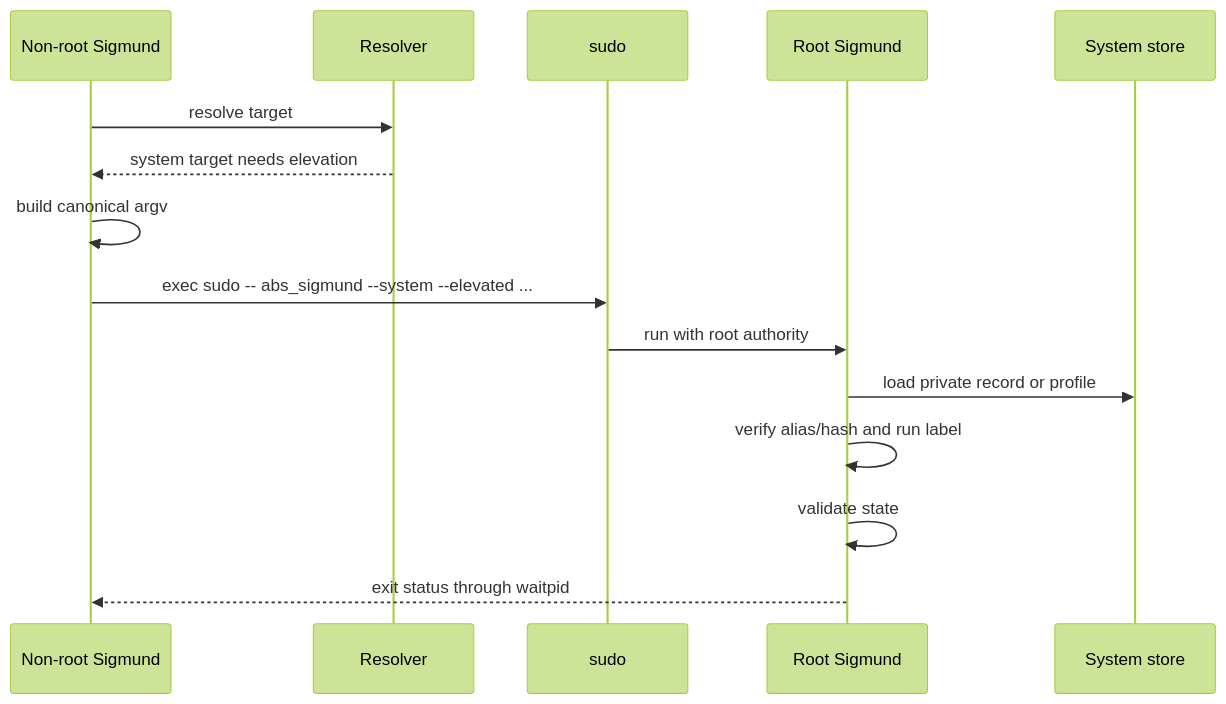
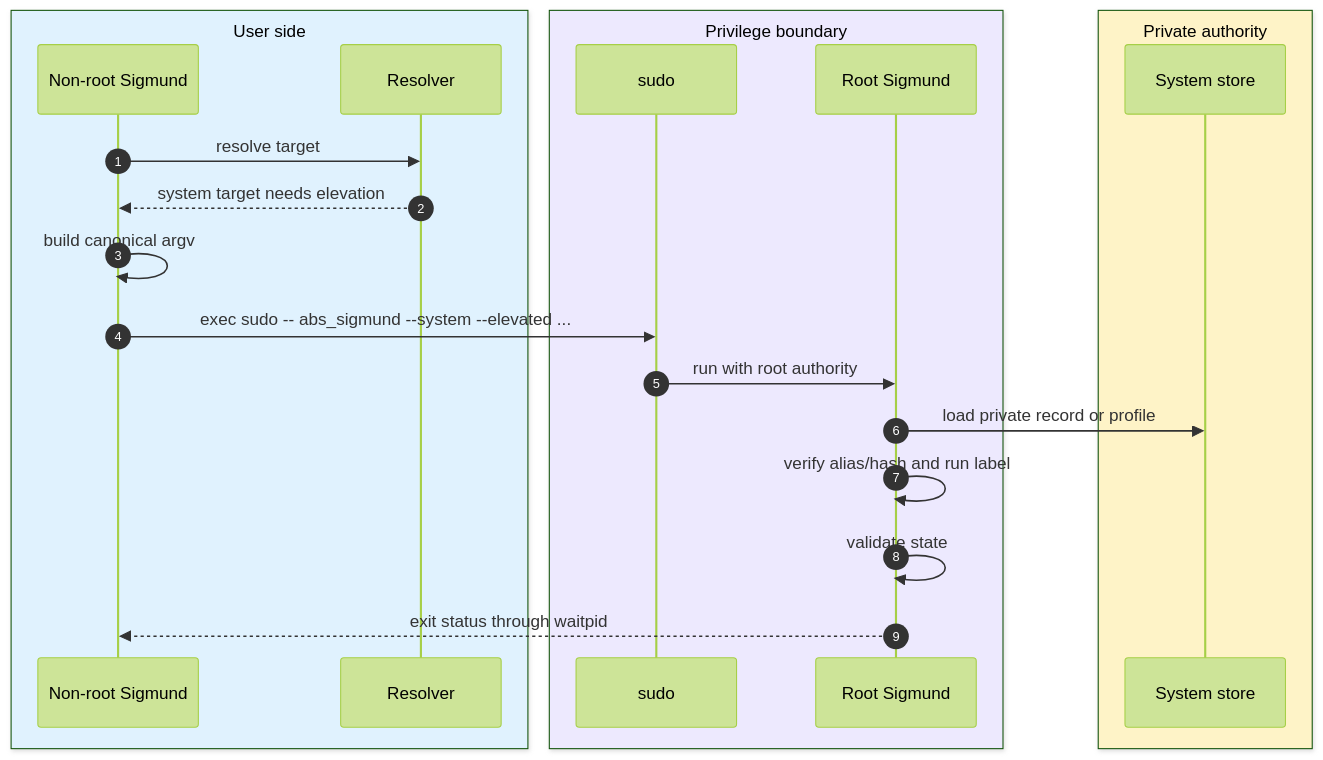
The first of 3 diagrams in docs/security.md (RchGrav/onhold), drawn with Mermaid (forest theme) before and after one commit. The commit also changed other lines of this file and 13 other files, not shown here.

````diff
--- a/docs/security.md
+++ b/docs/security.md
@@ -17,18 +19,25 @@
 ```mermaid
 sequenceDiagram
+    autonumber
+    box rgb(224, 242, 254) User side
     participant User as Non-root Sigmund
     participant Resolver as Resolver
+    end
+    box rgb(237, 233, 254) Privilege boundary
     participant Sudo as sudo
     participant Root as Root Sigmund
+    end
+    box rgb(254, 243, 199) Private authority
     participant Store as System store
+    end
 
     User->>Resolver: resolve target
     Resolver-->>User: system target needs elevation
     User->>User: build canonical argv
     User->>Sudo: exec sudo -- abs_sigmund --system --elevated ...
     Sudo->>Root: run with root authority
     Root->>Store: load private record or profile
     Root->>Root: verify alias/hash and run label
     Root->>Root: validate state
     Root-->>User: exit status through waitpid
 ```
````
